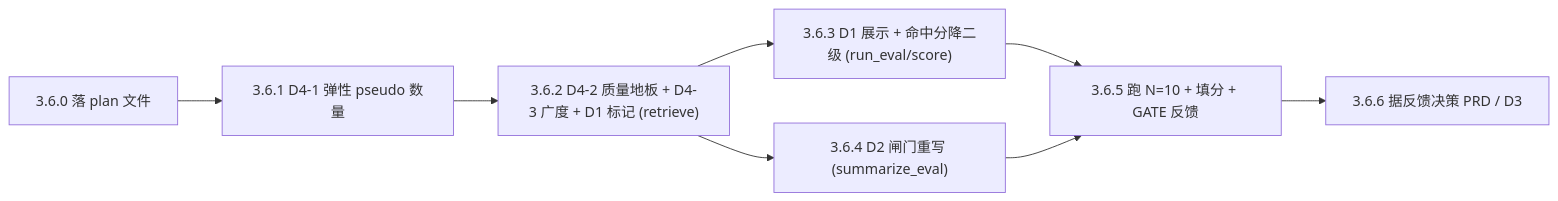
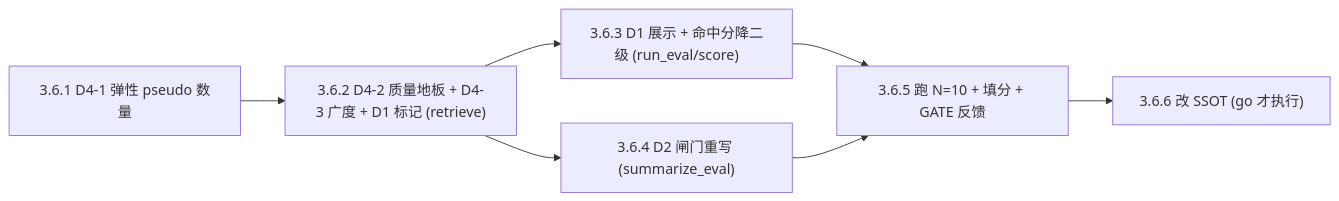
One commit to XYBuilds/themoviecosmos-daily-stargazing changed the diagram in .cursor/plans/Phase3.6-resonance-quality-gate.plan.md. Above: the diagram before and after it, drawn with Mermaid. The commit also changed other lines of this file, not shown here.

First line of the commit message:
docs(plans): refine Phase 3.6 resonance quality gate plan and update SSOT decision process

````diff
--- a/.cursor/plans/Phase3.6-resonance-quality-gate.plan.md
+++ b/.cursor/plans/Phase3.6-resonance-quality-gate.plan.md
@@ -48,17 +45,15 @@
 ```mermaid
 flowchart LR
-  A0["3.6.0 落 plan 文件"]
   T1["3.6.1 D4-1 弹性 pseudo 数量"]
   T2["3.6.2 D4-2 质量地板 + D4-3 广度 + D1 标记 (retrieve)"]
   T3["3.6.3 D1 展示 + 命中分降二级 (run_eval/score)"]
   T4["3.6.4 D2 闸门重写 (summarize_eval)"]
   T5["3.6.5 跑 N=10 + 填分 + GATE 反馈"]
-  T6["3.6.6 据反馈决策 PRD / D3"]
-  A0 --> T1
+  T6["3.6.6 改 SSOT (go 才执行)"]
   T1 --> T2
   T2 --> T3
   T2 --> T4
   T3 --> T5
   T4 --> T5
   T5 --> T6
 ```
````
